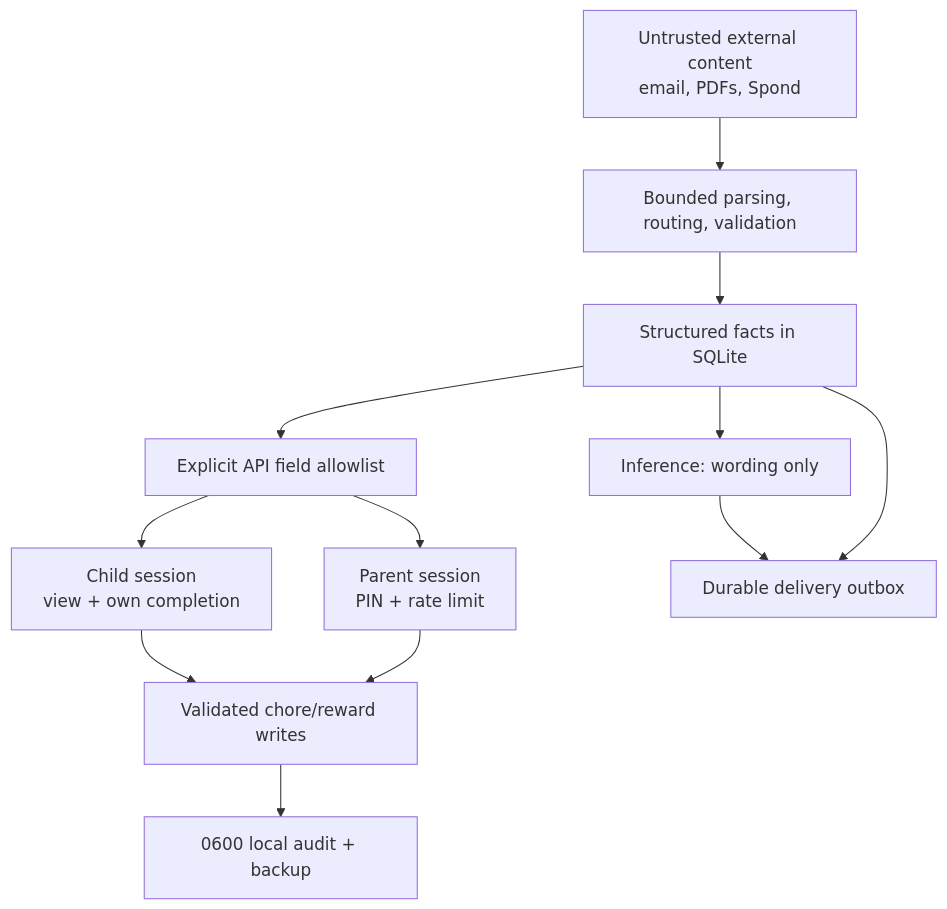
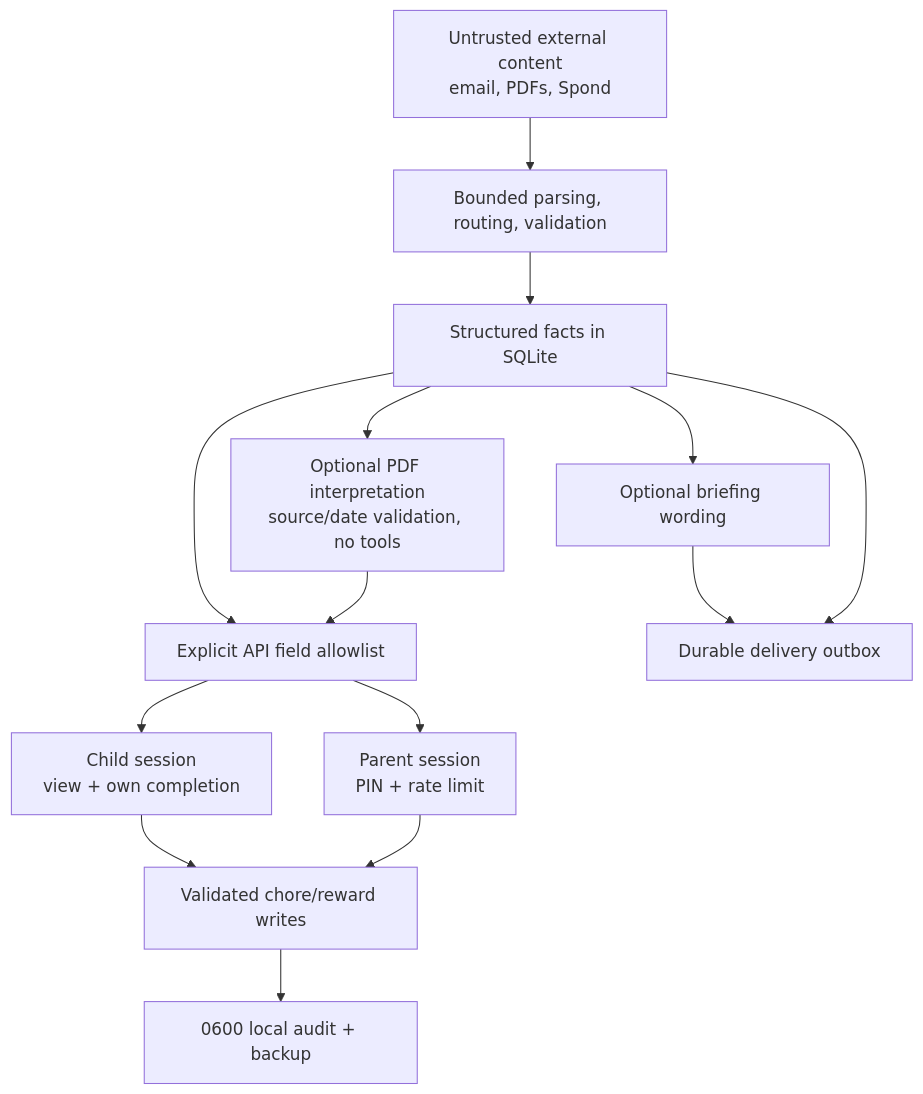
One commit to TrygveAasheim/familybot-core changed the second of 3 diagrams in ARCHITECTURE.md. Above: the diagram before and after it, drawn with Mermaid. The commit also changed other lines of this file and 11 other files, not shown here.

````diff
--- a/ARCHITECTURE.md
+++ b/ARCHITECTURE.md
@@ -59,22 +61,24 @@
 ```mermaid
 flowchart TD
   Untrusted["Untrusted external content\nemail, PDFs, Spond"]
   Validate["Bounded parsing, routing, validation"]
   Facts["Structured facts in SQLite"]
   Curate["Explicit API field allowlist"]
   Child["Child session\nview + own completion"]
   Parent["Parent session\nPIN + rate limit"]
   Mutate["Validated chore/reward writes"]
   Audit["0600 local audit + backup"]
-  LLM["Inference: wording only"]
+  LLM["Optional briefing wording"]
+  Interpret["Optional PDF interpretation\nsource/date validation, no tools"]
   Outbox["Durable delivery outbox"]
 
   Untrusted --> Validate --> Facts --> Curate
   Curate --> Child
   Curate --> Parent
   Child --> Mutate
   Parent --> Mutate
   Mutate --> Audit
   Facts --> LLM --> Outbox
+  Facts --> Interpret --> Curate
   Facts --> Outbox
 ```
````
